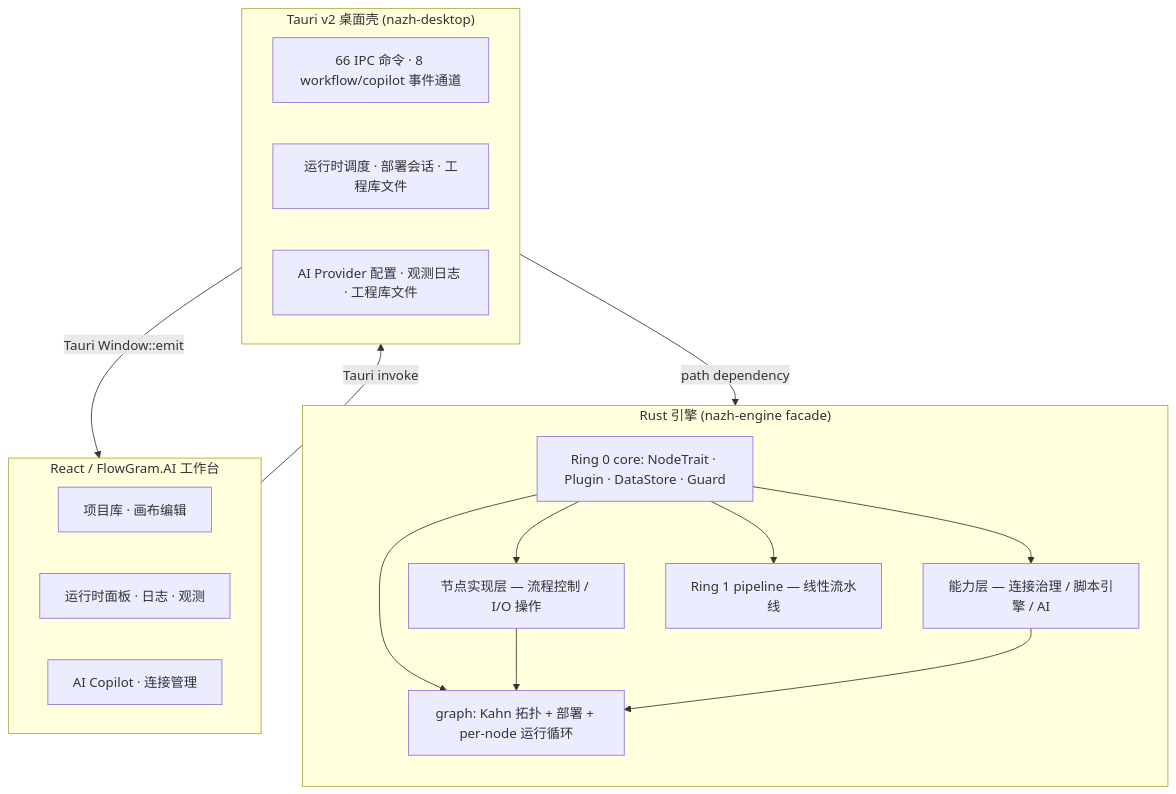
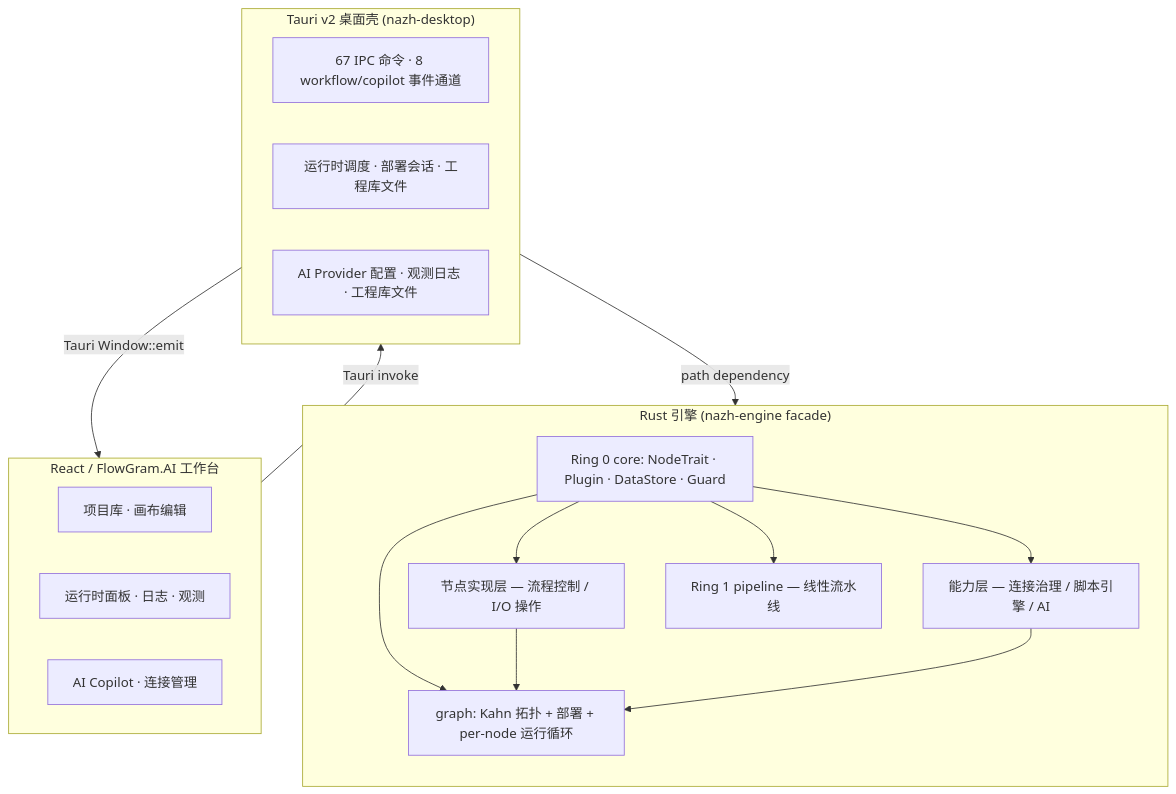
The diagram in README.md (ssXue/Nazh), drawn with Mermaid before and after one commit. The commit also changed other lines of this file and 60 other files, not shown here.

````diff
--- a/README.md
+++ b/README.md
@@ -47,33 +47,33 @@
 ```mermaid
 flowchart TB
     subgraph Frontend["React / FlowGram.AI 工作台"]
         F1["项目库 · 画布编辑"]
         F2["运行时面板 · 日志 · 观测"]
         F3["AI Copilot · 连接管理"]
     end
 
     subgraph Shell["Tauri v2 桌面壳 (nazh-desktop)"]
-        S1["66 IPC 命令 · 8 workflow/copilot 事件通道"]
+        S1["67 IPC 命令 · 8 workflow/copilot 事件通道"]
         S2["运行时调度 · 部署会话 · 工程库文件"]
         S3["AI Provider 配置 · 观测日志 · 工程库文件"]
     end
 
     subgraph Engine["Rust 引擎 (nazh-engine facade)"]
         direction TB
         C0["Ring 0 core: NodeTrait · Plugin · DataStore · Guard"]
         C1a["节点实现层 — 流程控制 / I/O 操作"]
         C1b["能力层 — 连接治理 / 脚本引擎 / AI"]
         C1c["Ring 1 pipeline — 线性流水线"]
         G["graph: Kahn 拓扑 + 部署 + per-node 运行循环"]
         C0 --> C1a
         C0 --> C1b
         C0 --> C1c
         C0 --> G
         C1a --> G
         C1b --> G
     end
 
     Frontend -- "Tauri invoke" --> Shell
     Shell -- "Tauri Window::emit" --> Frontend
     Shell -- "path dependency" --> Engine
 ```
````
